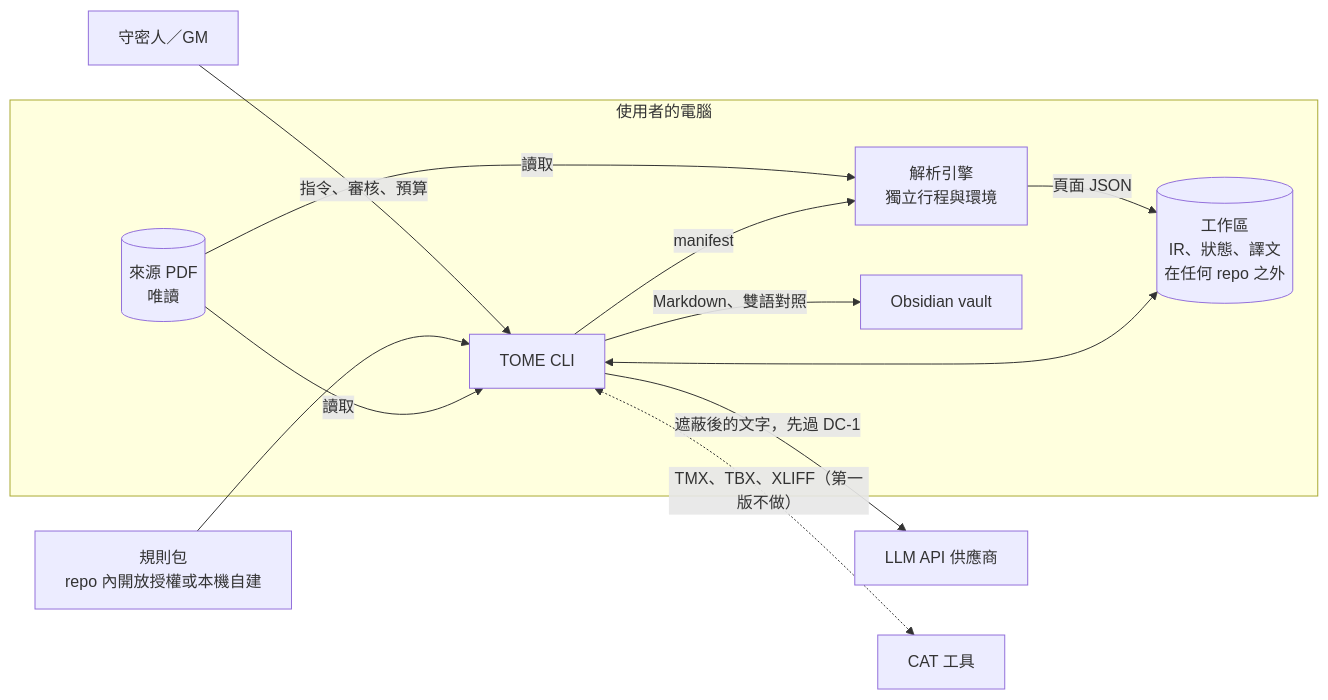
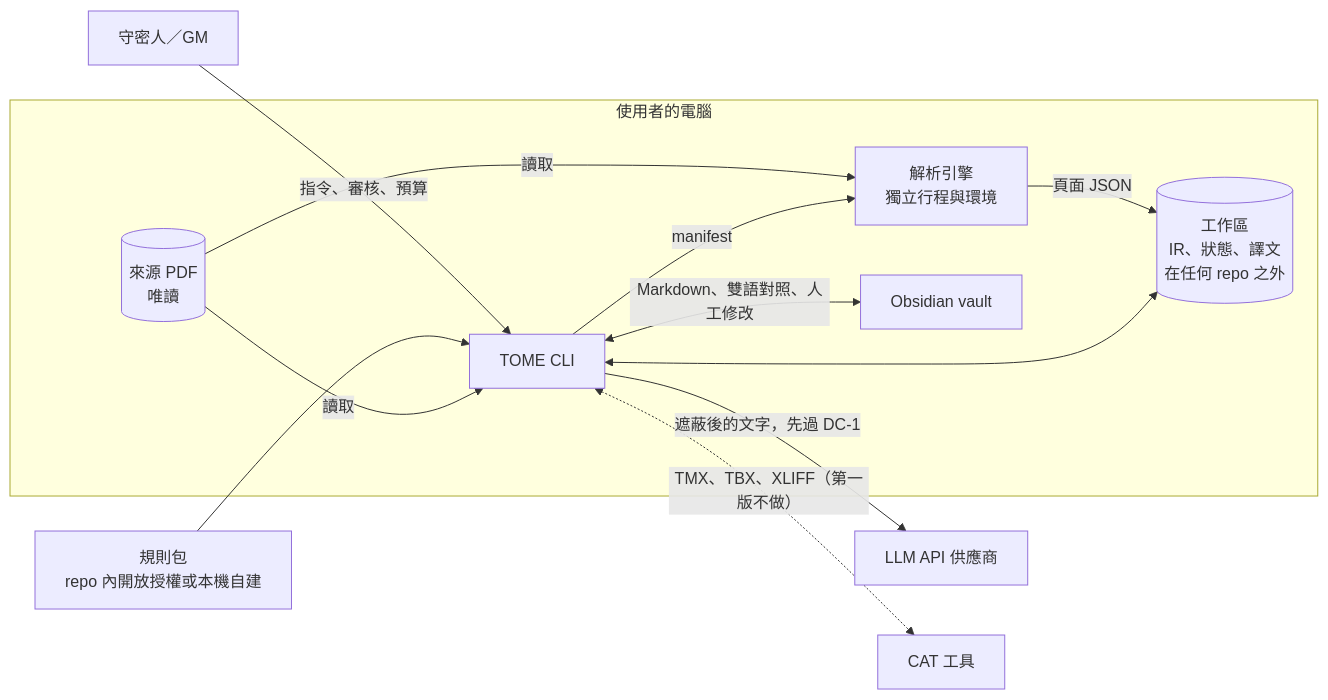
Before and after one commit to tome-trpg/tome: the first of 5 diagrams in docs/WHITEPAPER.md, drawn with Mermaid. The commit also changed other lines of this file and 8 other files, not shown here.

````diff
--- a/docs/WHITEPAPER.md
+++ b/docs/WHITEPAPER.md
@@ -186,25 +203,25 @@
 ```mermaid
 flowchart LR
     GM[守密人／GM]
     PACK[規則包<br/>repo 內開放授權或本機自建]
     subgraph local [使用者的電腦]
         PDF[(來源 PDF<br/>唯讀)]
         TOME[TOME CLI]
         ENGINE[解析引擎<br/>獨立行程與環境]
         WS[(工作區<br/>IR、狀態、譯文<br/>在任何 repo 之外)]
         VAULT[Obsidian vault]
     end
     CLOUD[LLM API 供應商]
     CAT[CAT 工具]
 
     GM -- "指令、審核、預算" --> TOME
     PACK --> TOME
     PDF -- "讀取" --> TOME
     PDF -- "讀取" --> ENGINE
     TOME -- "manifest" --> ENGINE
     ENGINE -- "頁面 JSON" --> WS
     TOME <--> WS
     TOME -- "遮蔽後的文字，先過 DC-1" --> CLOUD
-    TOME -- "Markdown、雙語對照" --> VAULT
+    TOME <-- "Markdown、雙語對照、人工修改" --> VAULT
     TOME <-. "TMX、TBX、XLIFF（第一版不做）" .-> CAT
 ```
````
